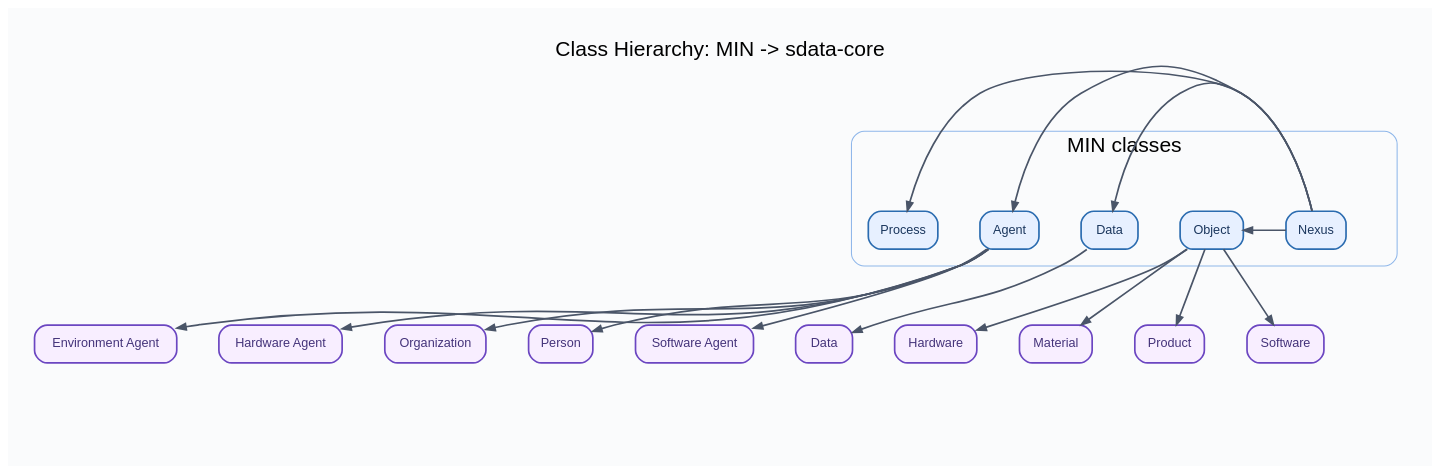
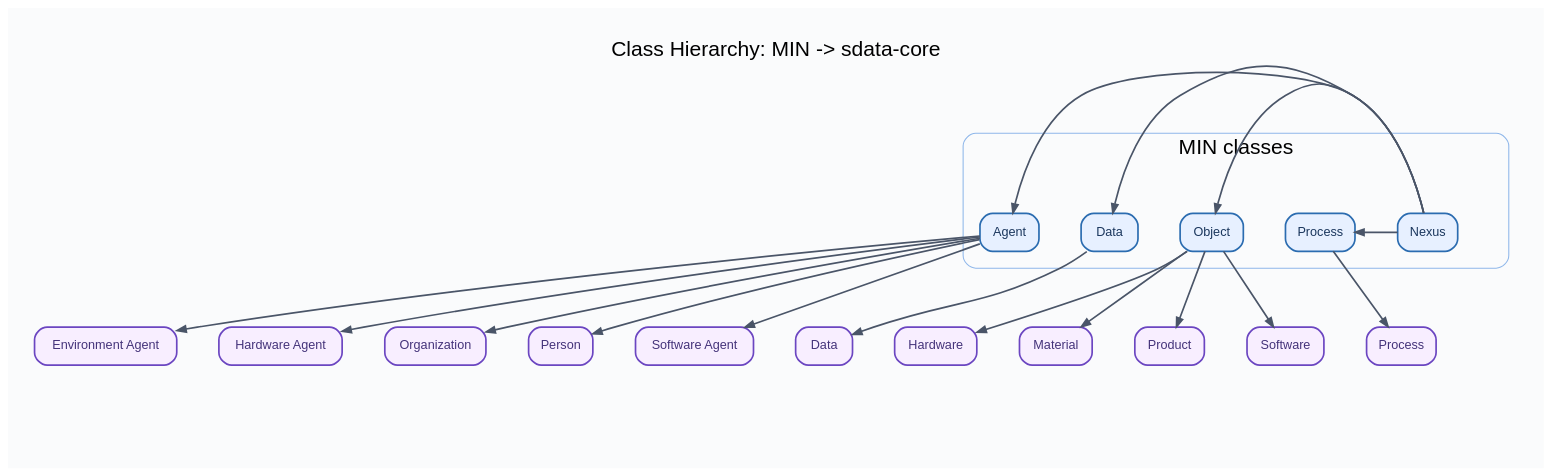
One commit to lepy/sdata-ontology changed the diagram in docs/diagrams/sdata-min-core-hierarchy.dot. Above: the diagram before and after it, drawn with Graphviz. The commit also changed 31 other files, not shown here.

Commit message:
make state-space canonical for process dimensions; remove duplicate core shortcuts

```diff
--- a/docs/diagrams/sdata-min-core-hierarchy.dot
+++ b/docs/diagrams/sdata-min-core-hierarchy.dot
@@ -1,142 +1,152 @@
 digraph "" {
 	graph [bgcolor="#FAFBFC",
 		compound=true,
 		fontname=Helvetica,
 		fontsize=20,
 		label="Class Hierarchy: MIN -> sdata-core",
 		labeljust=c,
 		labelloc=t,
 		newrank=true,
 		nodesep=0.55,
 		overlap=false,
 		pad=0.35,
 		rankdir=TB,
 		ranksep=1.0,
 		splines=true
 	];
 	node [fontname=Helvetica,
 		fontsize=12,
 		label="\N",
 		margin="0.14,0.08",
 		penwidth=1.6,
 		shape=box,
 		style="filled,rounded"
 	];
 	edge [arrowsize=0.85,
 		color="#4A5568",
 		fontname=Helvetica,
 		penwidth=1.6
 	];
 	subgraph sdata_rank_object_children {
 		graph [rank=same,
 			style=invis
 		];
 		"https://w3id.org/sdata/core/Hardware"	[color="#6B46C1",
 			fillcolor="#F8EEFF",
 			fontcolor="#44337A",
 			label=Hardware];
 		"https://w3id.org/sdata/core/Material"	[color="#6B46C1",
 			fillcolor="#F8EEFF",
 			fontcolor="#44337A",
 			label=Material];
 		"https://w3id.org/sdata/core/Product"	[color="#6B46C1",
 			fillcolor="#F8EEFF",
 			fontcolor="#44337A",
 			label=Product];
 		"https://w3id.org/sdata/core/Software"	[color="#6B46C1",
 			fillcolor="#F8EEFF",
 			fontcolor="#44337A",
 			label=Software];
 	}
 	subgraph cluster_min {
 		graph [color="#8FB7EA",
 			label="MIN classes",
 			rank=source,
 			style=rounded
 		];
 		subgraph cluster_min_rank {
 			graph [rank=same,
 				style=invis
 			];
 			"https://w3id.org/min#Agent"	[color="#2B6CB0",
 				fillcolor="#E7F0FF",
 				fontcolor="#1A365D",
 				label=Agent];
 			"https://w3id.org/min#Data"	[color="#2B6CB0",
 				fillcolor="#E7F0FF",
 				fontcolor="#1A365D",
 				label=Data];
 			"https://w3id.org/min#Object"	[color="#2B6CB0",
 				fillcolor="#E7F0FF",
 				fontcolor="#1A365D",
 				label=Object];
 			"https://w3id.org/min#Process"	[color="#2B6CB0",
 				fillcolor="#E7F0FF",
 				fontcolor="#1A365D",
 				label=Process];
 		}
 		"https://w3id.org/min#Nexus"	[color="#2B6CB0",
 			fillcolor="#E7F0FF",
 			fontcolor="#1A365D",
 			label=Nexus];
 		__rank_anchor_min	[height=0.01,
 			label="",
 			shape=point,
 			style=invis,
 			width=0.01];
 	}
 	subgraph sdata_rank_agent_children {
 		graph [rank=same,
 			style=invis
 		];
 		"https://w3id.org/sdata/core/EnvironmentAgent"	[color="#6B46C1",
 			fillcolor="#F8EEFF",
 			fontcolor="#44337A",
 			label="Environment Agent"];
 		"https://w3id.org/sdata/core/HardwareAgent"	[color="#6B46C1",
 			fillcolor="#F8EEFF",
 			fontcolor="#44337A",
 			label="Hardware Agent"];
 		"https://w3id.org/sdata/core/Organization"	[color="#6B46C1",
 			fillcolor="#F8EEFF",
 			fontcolor="#44337A",
 			label=Organization];
 		"https://w3id.org/sdata/core/Person"	[color="#6B46C1",
 			fillcolor="#F8EEFF",
 			fontcolor="#44337A",
 			label=Person];
 		"https://w3id.org/sdata/core/SoftwareAgent"	[color="#6B46C1",
 			fillcolor="#F8EEFF",
 			fontcolor="#44337A",
 			label="Software Agent"];
 	}
+	subgraph sdata_rank_process_data {
+		graph [rank=same,
+			style=invis
+		];
+		"https://w3id.org/sdata/core/Data"	[color="#6B46C1",
+			fillcolor="#F8EEFF",
+			fontcolor="#44337A",
+			label=Data];
+		"https://w3id.org/sdata/core/Process"	[color="#6B46C1",
+			fillcolor="#F8EEFF",
+			fontcolor="#44337A",
+			label=Process];
+	}
 	"https://w3id.org/min#Agent" -> "https://w3id.org/sdata/core/EnvironmentAgent";
 	"https://w3id.org/min#Agent" -> "https://w3id.org/sdata/core/HardwareAgent";
 	"https://w3id.org/min#Agent" -> "https://w3id.org/sdata/core/Organization";
 	"https://w3id.org/min#Agent" -> "https://w3id.org/sdata/core/Person";
 	"https://w3id.org/min#Agent" -> "https://w3id.org/sdata/core/SoftwareAgent";
-	"https://w3id.org/sdata/core/Data"	[color="#6B46C1",
-		fillcolor="#F8EEFF",
-		fontcolor="#44337A",
-		label=Data];
 	"https://w3id.org/min#Data" -> "https://w3id.org/sdata/core/Data";
 	"https://w3id.org/min#Nexus" -> "https://w3id.org/min#Agent";
 	"https://w3id.org/min#Nexus" -> "https://w3id.org/min#Data";
 	"https://w3id.org/min#Nexus" -> "https://w3id.org/min#Object";
 	"https://w3id.org/min#Nexus" -> "https://w3id.org/min#Process";
 	"https://w3id.org/min#Object" -> "https://w3id.org/sdata/core/Hardware";
 	"https://w3id.org/min#Object" -> "https://w3id.org/sdata/core/Material";
 	"https://w3id.org/min#Object" -> "https://w3id.org/sdata/core/Product";
 	"https://w3id.org/min#Object" -> "https://w3id.org/sdata/core/Software";
+	"https://w3id.org/min#Process" -> "https://w3id.org/sdata/core/Process";
 	__rank_anchor_sdata	[height=0.01,
 		label="",
 		shape=point,
 		style=invis,
 		width=0.01];
 	__rank_anchor_min -> __rank_anchor_sdata	[color="#FFFFFF",
 		constraint=true,
 		ltail=cluster_min,
 		minlen=2,
 		style=invis,
 		weight=200];
 }
```
